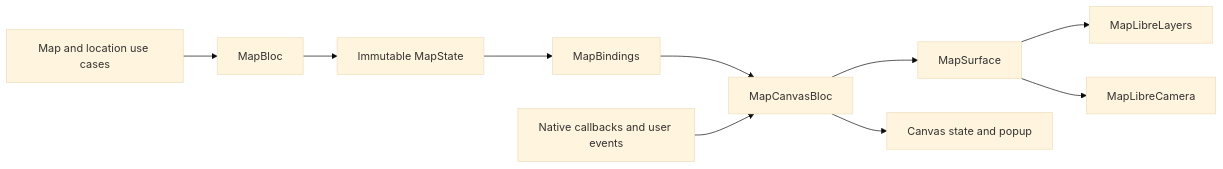
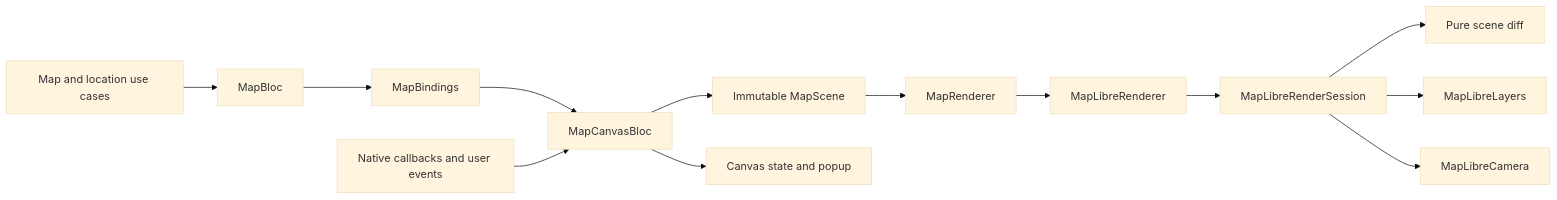
The diagram in docs/map-architecture.md (fajarxfce/test-mapid), drawn with Mermaid (base theme) before and after one commit. The commit also changed other lines of this file and 33 other files, not shown here.

First line of the commit message:
refactor(map): isolate canvas intent from native rendering

````diff
--- a/docs/map-architecture.md
+++ b/docs/map-architecture.md
@@ -7,12 +7,15 @@
 ```mermaid
 flowchart LR
     APIs[Map and location use cases] --> Data[MapBloc]
-    Data --> State[Immutable MapState]
-    State --> Binding[MapBindings]
+    Data --> Binding[MapBindings]
     Binding --> Canvas[MapCanvasBloc]
     Input[Native callbacks and user events] --> Canvas
-    Canvas --> Port[MapSurface]
-    Port --> Layers[MapLibreLayers]
-    Port --> Camera[MapLibreCamera]
+    Canvas --> Scene[Immutable MapScene]
     Canvas --> View[Canvas state and popup]
+    Scene --> Port[MapRenderer]
+    Port --> Adapter[MapLibreRenderer]
+    Adapter --> Session[MapLibreRenderSession]
+    Session --> Diff[Pure scene diff]
+    Session --> Layers[MapLibreLayers]
+    Session --> Camera[MapLibreCamera]
 ```
````
